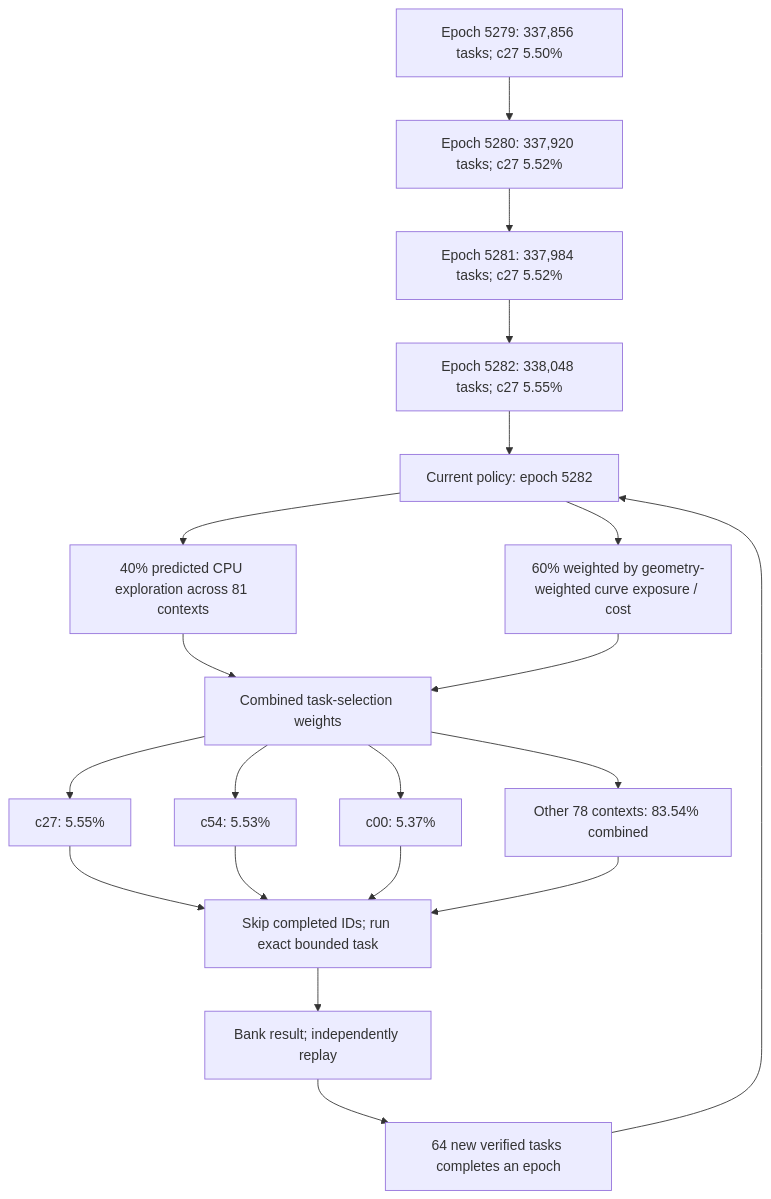
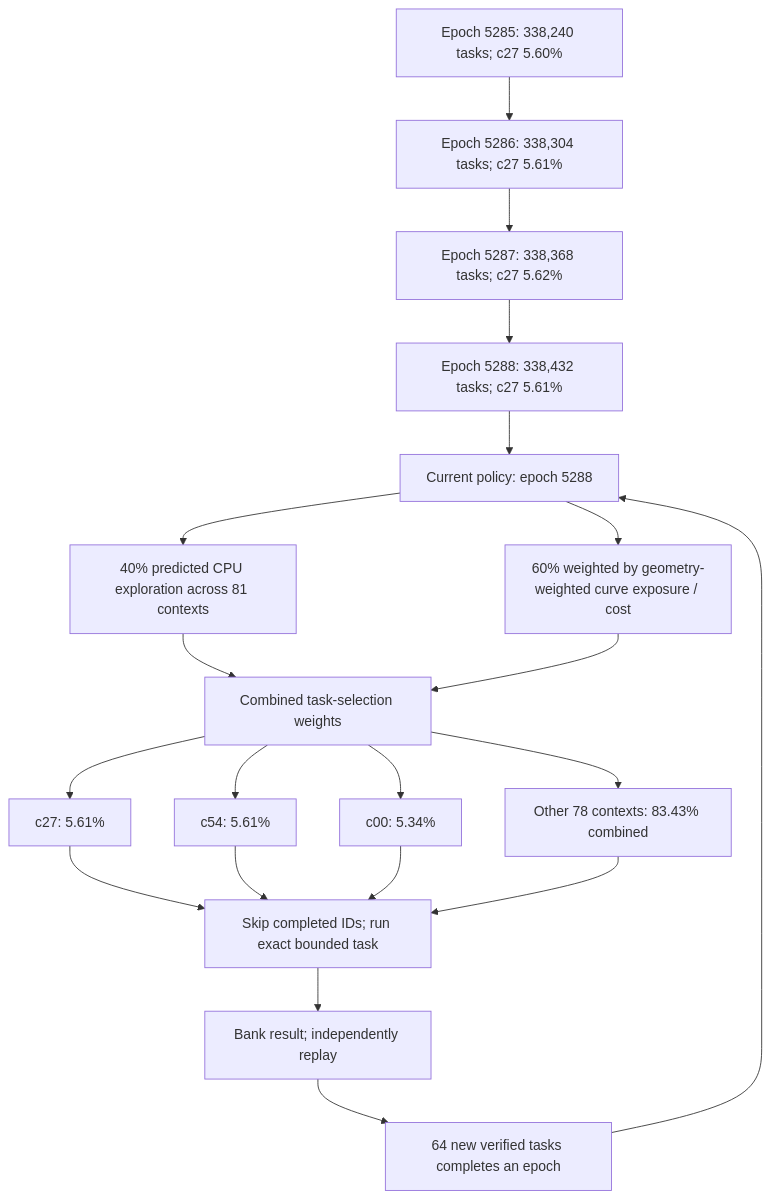
One commit to Kuberwastaken/math-gambling changed the first of 3 diagrams in README.md. Above: the diagram before and after it, drawn with Mermaid. The commit also changed other lines of this file and 1269 other files, not shown here.

````diff
--- a/README.md
+++ b/README.md
@@ -60,27 +60,27 @@
 ```mermaid
 flowchart TD
-    H0["Epoch 5279: 337,856 tasks; c27 5.50%"]
-    H1["Epoch 5280: 337,920 tasks; c27 5.52%"]
+    H0["Epoch 5285: 338,240 tasks; c27 5.60%"]
+    H1["Epoch 5286: 338,304 tasks; c27 5.61%"]
     H0 --> H1
-    H2["Epoch 5281: 337,984 tasks; c27 5.52%"]
+    H2["Epoch 5287: 338,368 tasks; c27 5.62%"]
     H1 --> H2
-    H3["Epoch 5282: 338,048 tasks; c27 5.55%"]
+    H3["Epoch 5288: 338,432 tasks; c27 5.61%"]
     H2 --> H3
-    Policy["Current policy: epoch 5282"]
+    Policy["Current policy: epoch 5288"]
     H3 --> Policy
     Policy --> Explore["40% predicted CPU exploration across 81 contexts"]
     Policy --> Cost["60% weighted by geometry-weighted curve exposure / cost"]
     Explore --> Mix["Combined task-selection weights"]
     Cost --> Mix
-    Mix --> C0["c27: 5.55%"]
-    Mix --> C1["c54: 5.53%"]
-    Mix --> C2["c00: 5.37%"]
-    Mix --> Rest["Other 78 contexts: 83.54% combined"]
+    Mix --> C0["c27: 5.61%"]
+    Mix --> C1["c54: 5.61%"]
+    Mix --> C2["c00: 5.34%"]
+    Mix --> Rest["Other 78 contexts: 83.43% combined"]
     C0 --> Check["Skip completed IDs; run exact bounded task"]
     C1 --> Check
     C2 --> Check
     Rest --> Check
     Check --> Replay["Bank result; independently replay"]
     Replay --> Gate["64 new verified tasks completes an epoch"]
     Gate --> Policy
 ```
````
